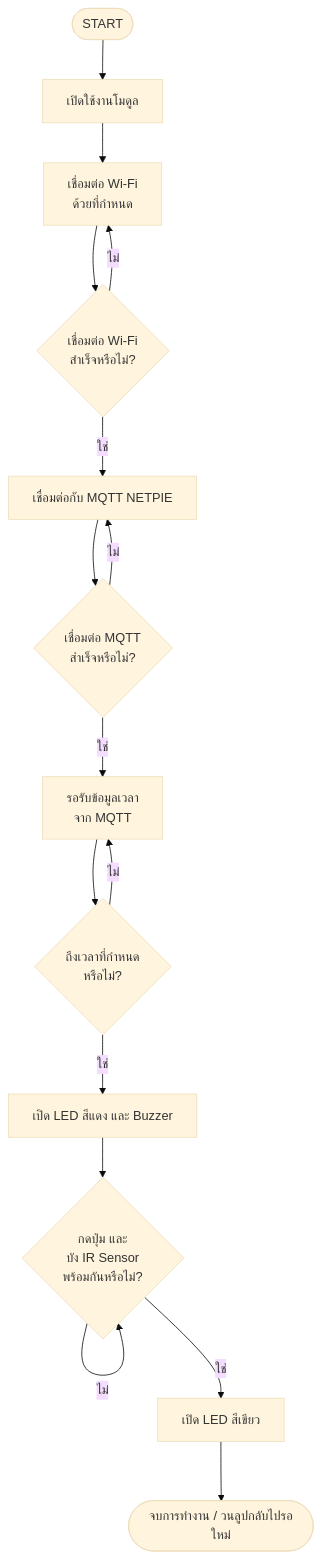
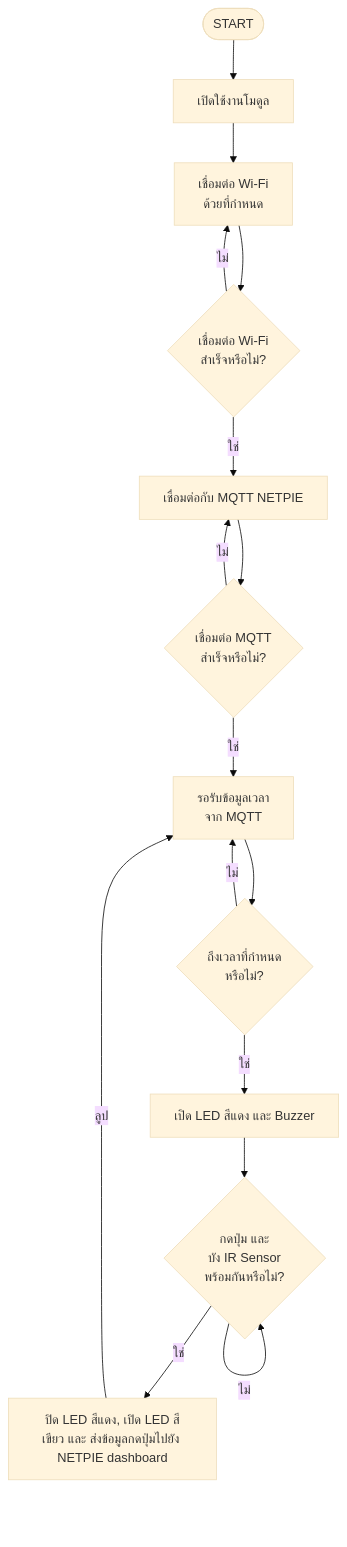
Before and after one commit to 1TestGame1/IoTTermProject: the diagram in flowchart.md, drawn with Mermaid (base theme). The commit also changed 1 other file, not shown here.

Commit message:
ระบบแจ้งเตือน

````diff
--- a/flowchart.md
+++ b/flowchart.md
@@ -1,19 +1,19 @@
 ```mermaid
 flowchart TD
     A([START]) --> B[เปิดใช้งานโมดูล]
     B --> C[เชื่อมต่อ Wi-Fi<br/>ด้วยที่กำหนด]
     C --> D{เชื่อมต่อ Wi-Fi<br/>สำเร็จหรือไม่?}
     D -- ไม่ --> C
     D -- ใช่ --> E[เชื่อมต่อกับ MQTT NETPIE]
     E --> F{เชื่อมต่อ MQTT<br/>สำเร็จหรือไม่?}
     F -- ไม่ --> E
     F -- ใช่ --> G[รอรับข้อมูลเวลา<br/>จาก MQTT]
     G --> H{ถึงเวลาที่กำหนด<br/>หรือไม่?}
     H -- ไม่ --> G
     H -- ใช่ --> I[เปิด LED สีแดง และ Buzzer]
     I --> J{กดปุ่ม และ<br/>บัง IR Sensor<br/>พร้อมกันหรือไม่?}
     J -- ไม่ --> J
-    J -- ใช่ --> K[เปิด LED สีเขียว]
-    K --> L([จบการทำงาน / วนลูปกลับไปรอใหม่])
+    J -- ใช่ --> K[ปิด LED สีแดง, เปิด LED สีเขียว และ ส่งข้อมูลกดปุ่มไปยัง NETPIE dashboard]
+    K -- ลูป --> G 
 
 ```
````
